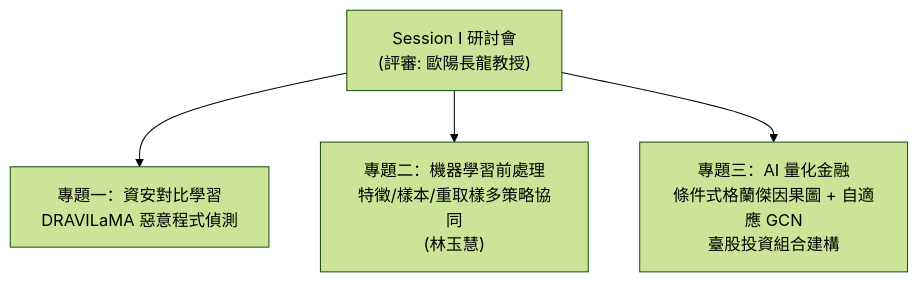
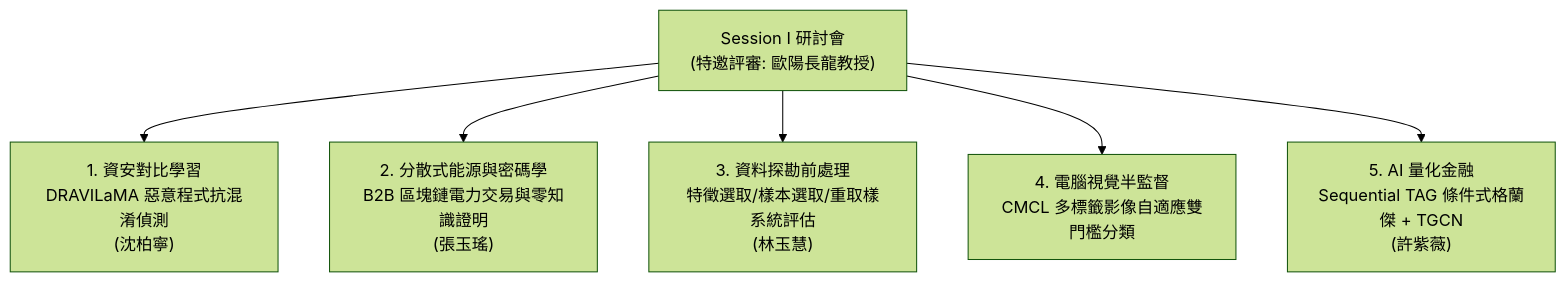
Before and after one commit to Youchenjiang/kb-records: the first of 4 diagrams in 5-Master/20260327-AcademicConference/SessionI-特邀專題與學生論文-summary.md, drawn with Mermaid (forest theme). The commit also changed other lines of this file and 1 other file, not shown here.

Commit message:
docs(conf): overhaul Session I proofread and summary

````diff
--- a/5-Master/20260327-AcademicConference/SessionI-特邀專題與學生論文-summary.md
+++ b/5-Master/20260327-AcademicConference/SessionI-特邀專題與學生論文-summary.md
@@ -15,6 +16,9 @@
 ```mermaid
 flowchart TD
-    SessionI["Session I 研討會<br/>(評審: 歐陽長龍教授)"] --> T1["專題一：資安對比學習<br/>DRAVILaMA 惡意程式偵測"]
-    SessionI --> T2["專題二：機器學習前處理<br/>特徵/樣本/重取樣多策略協同<br/>(林玉慧)"]
-    SessionI --> T3["專題三：AI 量化金融<br/>條件式格蘭傑因果圖 + 自適應 GCN<br/>臺股投資組合建構"]
+    SessionI["Session I 研討會<br/>(特邀評審: 歐陽長龍教授)"]
+    SessionI --> T1["1. 資安對比學習<br/>DRAVILaMA 惡意程式抗混淆偵測<br/>(沈柏寧)"]
+    SessionI --> T2["2. 分散式能源與密碼學<br/>B2B 區塊鏈電力交易與零知識證明<br/>(張玉瑤)"]
+    SessionI --> T3["3. 資料探勘前處理<br/>特徵選取/樣本選取/重取樣系統評估<br/>(林玉慧)"]
+    SessionI --> T4["4. 電腦視覺半監督<br/>CMCL 多標籤影像自適應雙門檻分類"]
+    SessionI --> T5["5. AI 量化金融<br/>Sequential TAG 條件式格蘭傑 + TGCN<br/>(許紫薇)"]
 ```
````
